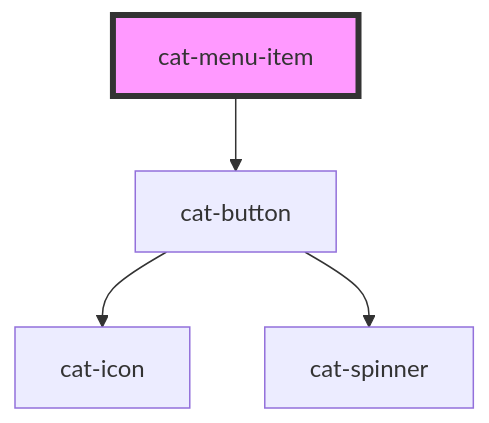
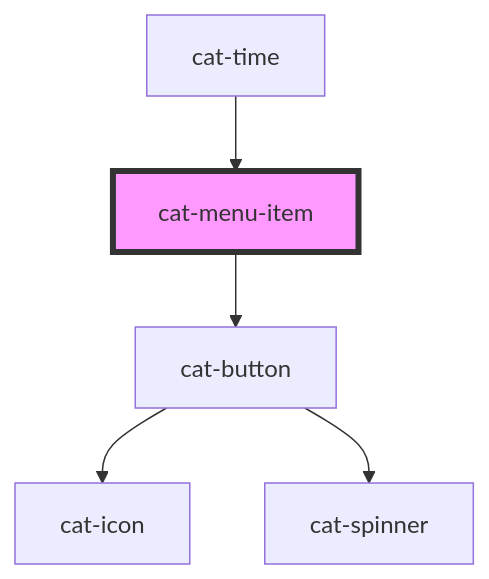
The diagram in core/src/components/cat-menu-item/readme.md (haiilo/catalyst), drawn with Mermaid before and after one commit. The commit also changed other lines of this file and 11 other files, not shown here.

Commit message:
feat(core): migrate cat-time to cat-menu

````diff
--- a/core/src/components/cat-menu-item/readme.md
+++ b/core/src/components/cat-menu-item/readme.md
@@ -72,7 +78,8 @@
 ```mermaid
 graph TD;
   cat-menu-item --> cat-button
   cat-button --> cat-icon
   cat-button --> cat-spinner
+  cat-time --> cat-menu-item
   style cat-menu-item fill:#f9f,stroke:#333,stroke-width:4px
 ```
````
